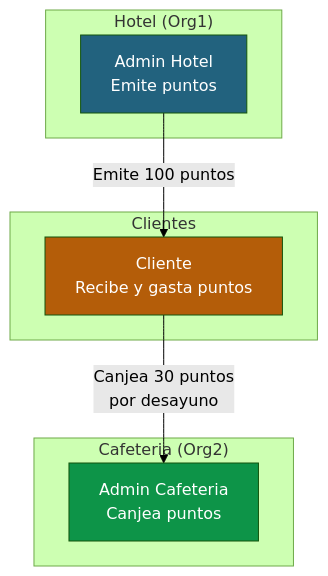
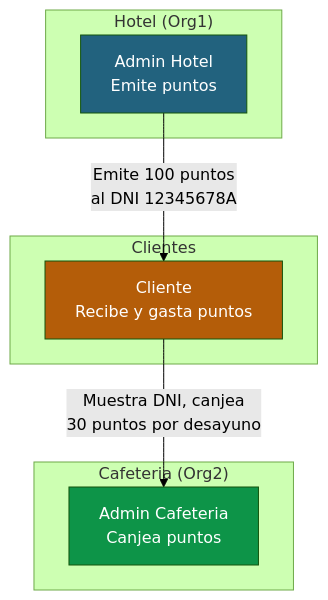
The first of 5 diagrams in docs/modulo-6/01-diseno-funcional.md (jjnieto/fabric), drawn with Mermaid (forest theme) before and after one commit. The commit also changed other lines of this file and 4 other files, not shown here.

````diff
--- a/docs/modulo-6/01-diseno-funcional.md
+++ b/docs/modulo-6/01-diseno-funcional.md
@@ -25,21 +25,21 @@
 ```mermaid
 graph TB
     subgraph "Hotel (Org1)"
         HA["Admin Hotel<br/>Emite puntos"]
     end
 
     subgraph "Cafeteria (Org2)"
         CA["Admin Cafeteria<br/>Canjea puntos"]
     end
 
     subgraph "Clientes"
         C1["Cliente<br/>Recibe y gasta puntos"]
     end
 
-    HA -- "Emite 100 puntos" --> C1
-    C1 -- "Canjea 30 puntos<br/>por desayuno" --> CA
+    HA -- "Emite 100 puntos<br/>al DNI 12345678A" --> C1
+    C1 -- "Muestra DNI, canjea<br/>30 puntos por desayuno" --> CA
 
     style HA fill:#22627E,color:#fff
     style CA fill:#0D9448,color:#fff
     style C1 fill:#B45D09,color:#fff
 ```
````
